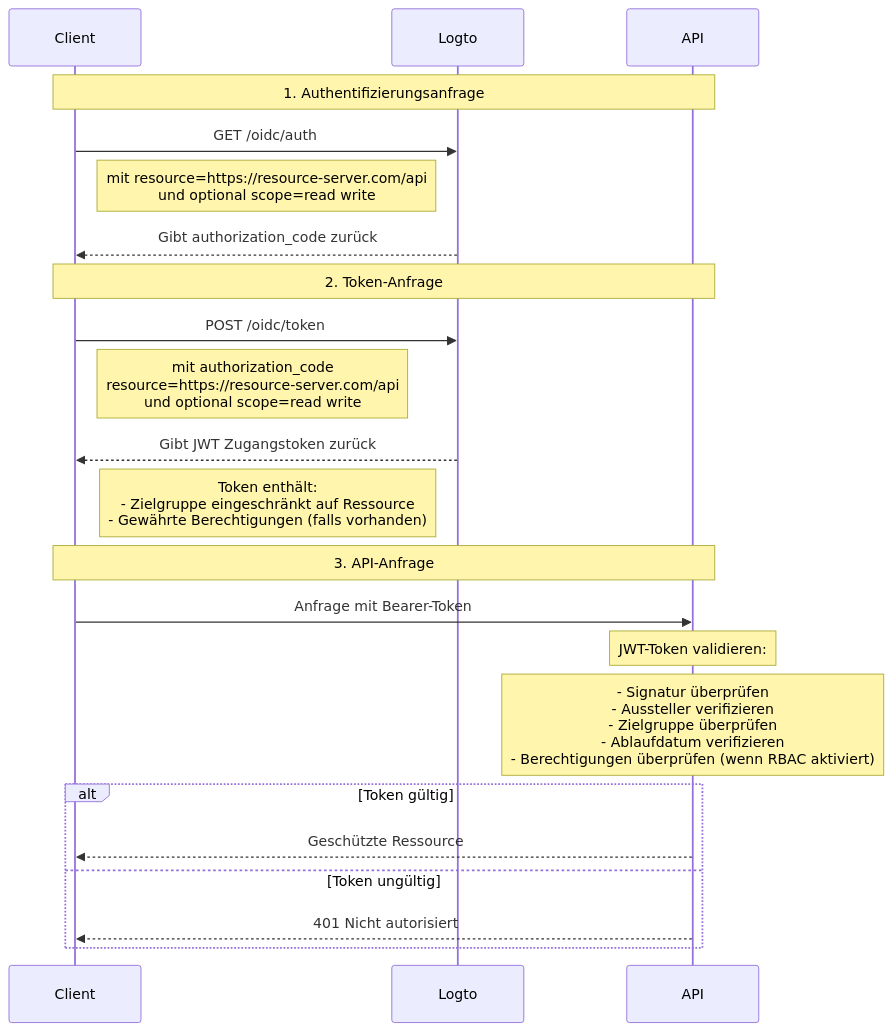
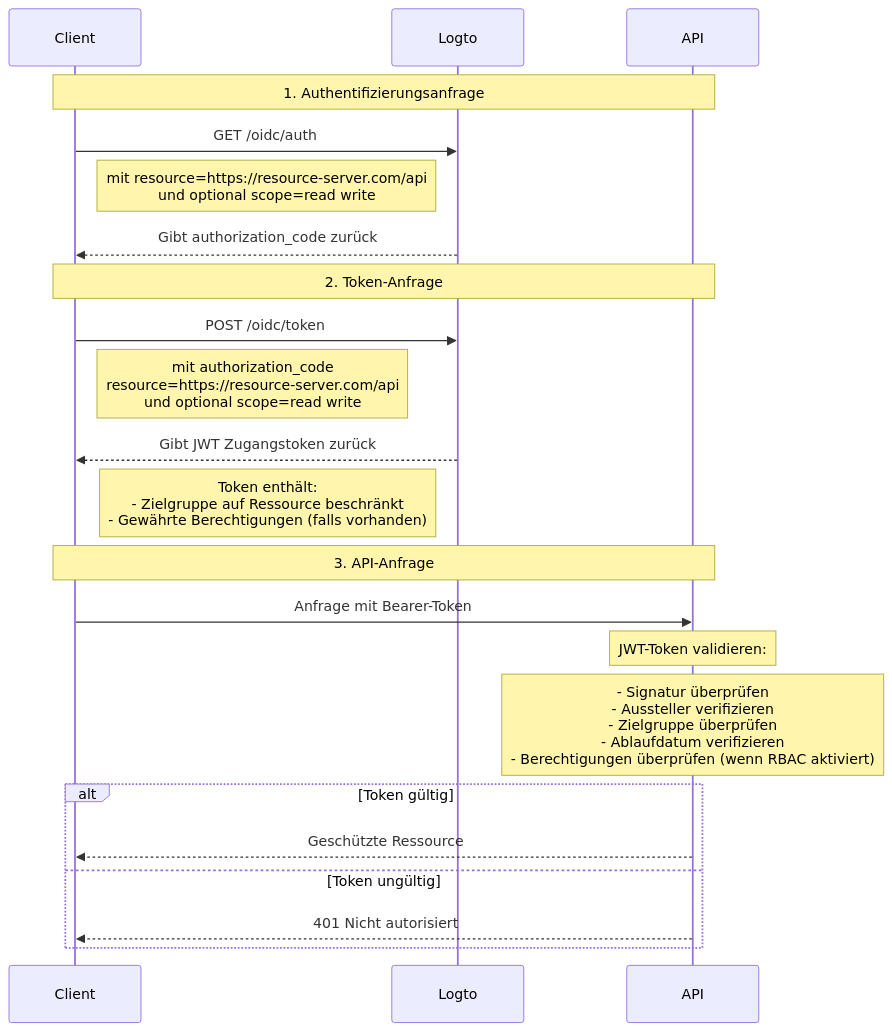
Before and after one commit to logto-io/docs: the diagram in i18n/de/docusaurus-plugin-content-docs/current/authorization/api-resources/protect-your-api.mdx, drawn with Mermaid. The commit also changed other lines of this file and 174 other files, not shown here.

````diff
--- a/i18n/de/docusaurus-plugin-content-docs/current/authorization/api-resources/protect-your-api.mdx
+++ b/i18n/de/docusaurus-plugin-content-docs/current/authorization/api-resources/protect-your-api.mdx
@@ -9,27 +9,27 @@
 ```mermaid
 sequenceDiagram
     participant Client
     participant Logto
     participant API
 
     Note over Client,API: 1. Authentifizierungsanfrage
     Client->>Logto: GET /oidc/auth
     Note right of Client: mit resource=https://resource-server.com/api<br/>und optional scope=read write
     Logto-->>Client: Gibt authorization_code zurück
 
     Note over Client,API: 2. Token-Anfrage
     Client->>Logto: POST /oidc/token
     Note right of Client: mit authorization_code<br/>resource=https://resource-server.com/api<br/>und optional scope=read write
     Logto-->>Client: Gibt JWT Zugangstoken zurück
-    Note left of Logto: Token enthält:<br/>- Zielgruppe eingeschränkt auf Ressource<br/>- Gewährte Berechtigungen (falls vorhanden)
+    Note left of Logto: Token enthält:<br/>- Zielgruppe auf Ressource beschränkt<br/>- Gewährte Berechtigungen (falls vorhanden)
 
     Note over Client,API: 3. API-Anfrage
     Client->>API: Anfrage mit Bearer-Token
     Note over API: JWT-Token validieren:
     Note over API: - Signatur überprüfen<br/>- Aussteller verifizieren<br/>- Zielgruppe überprüfen<br/>- Ablaufdatum verifizieren<br/>- Berechtigungen überprüfen (wenn RBAC aktiviert)
     alt Token gültig
         API-->>Client: Geschützte Ressource
     else Token ungültig
         API-->>Client: 401 Nicht autorisiert
     end
 ```
````
